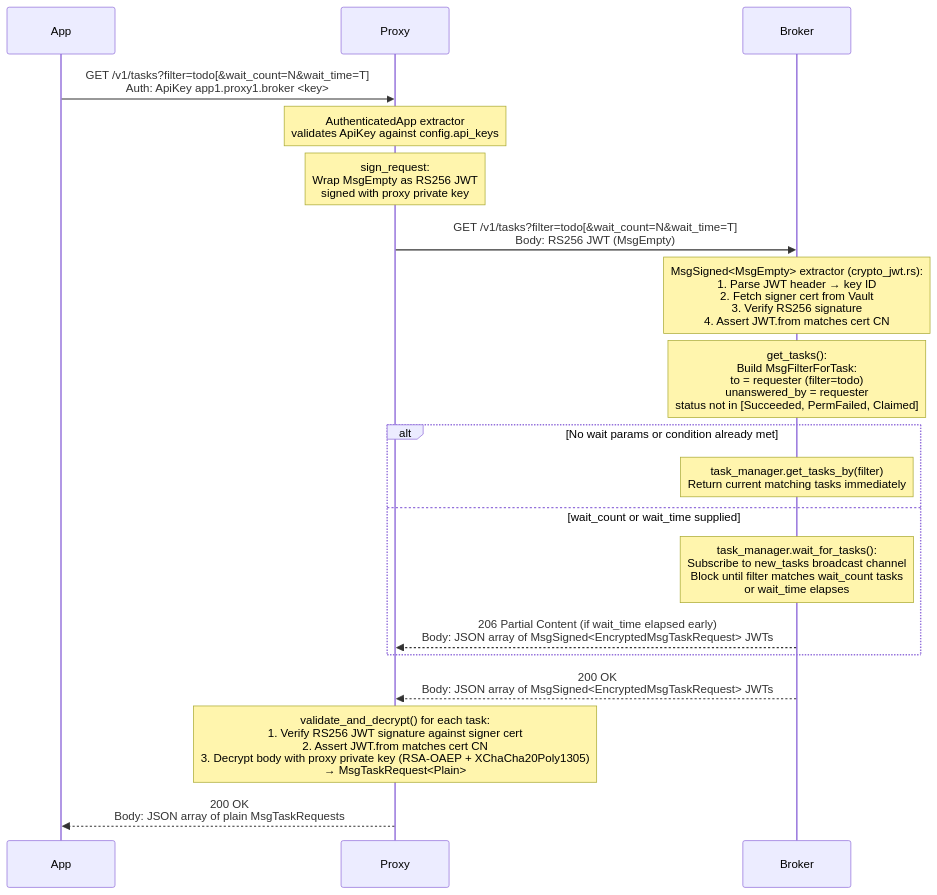
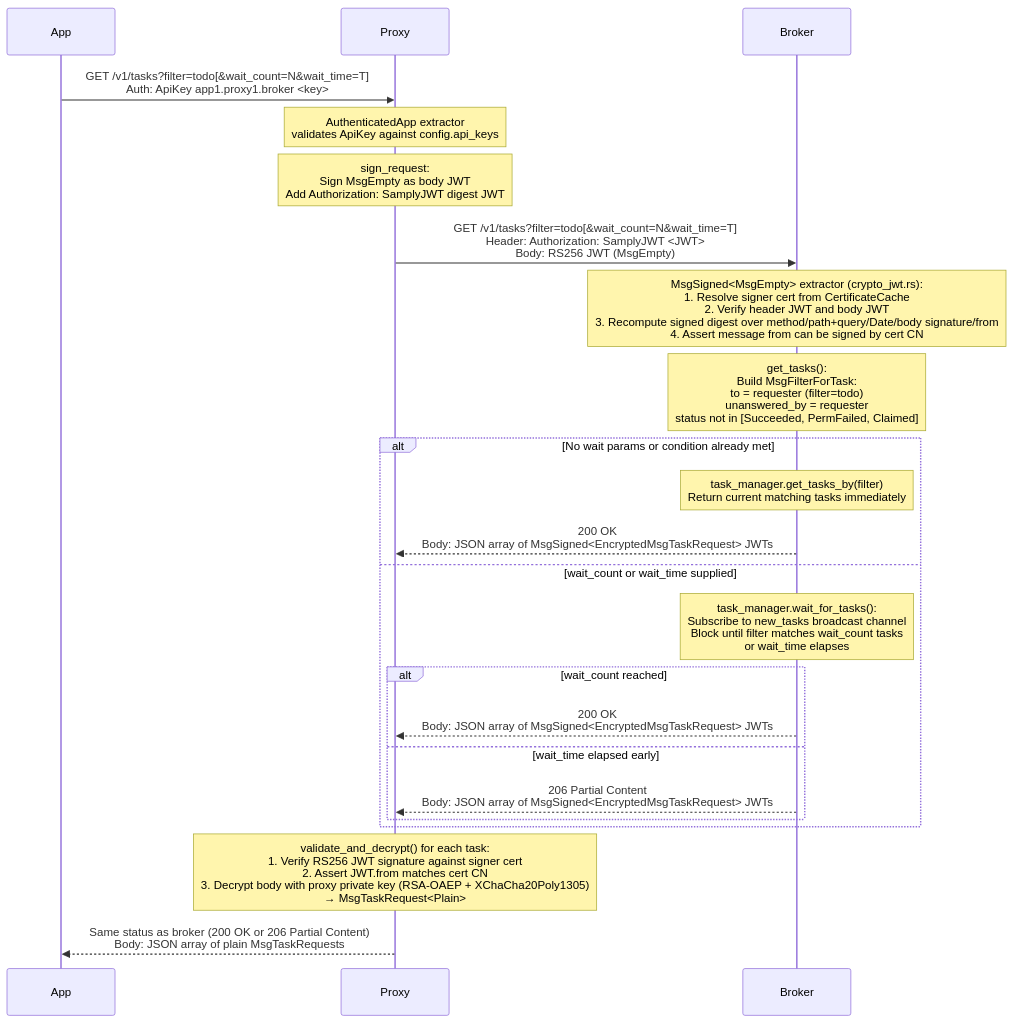
Before and after one commit to samply/beam: the fifth of 12 diagrams in DATAFLOWS.md, drawn with Mermaid. The commit also changed other lines of this file, not shown here.

Commit message:
Updated data flows document

````diff
--- a/DATAFLOWS.md
+++ b/DATAFLOWS.md
@@ -234,31 +239,34 @@
 ```mermaid
 sequenceDiagram
     participant App
     participant Proxy
     participant Broker
 
     App->>Proxy: GET /v1/tasks?filter=todo[&wait_count=N&wait_time=T]<br/>Auth: ApiKey app1.proxy1.broker <key>
 
     note over Proxy: AuthenticatedApp extractor<br/>validates ApiKey against config.api_keys
 
-    note over Proxy: sign_request:<br/>Wrap MsgEmpty as RS256 JWT<br/>signed with proxy private key
+    note over Proxy: sign_request:<br/>Sign MsgEmpty as body JWT<br/>Add Authorization: SamplyJWT digest JWT
 
-    Proxy->>Broker: GET /v1/tasks?filter=todo[&wait_count=N&wait_time=T]<br/>Body: RS256 JWT (MsgEmpty)
+    Proxy->>Broker: GET /v1/tasks?filter=todo[&wait_count=N&wait_time=T]<br/>Header: Authorization: SamplyJWT <JWT><br/>Body: RS256 JWT (MsgEmpty)
 
-    note over Broker: MsgSigned<MsgEmpty> extractor (crypto_jwt.rs):<br/>1. Parse JWT header → key ID<br/>2. Fetch signer cert from Vault<br/>3. Verify RS256 signature<br/>4. Assert JWT.from matches cert CN
+    note over Broker: MsgSigned<MsgEmpty> extractor (crypto_jwt.rs):<br/>1. Resolve signer cert from CertificateCache<br/>2. Verify header JWT and body JWT<br/>3. Recompute signed digest over method/path+query/Date/body signature/from<br/>4. Assert message from can be signed by cert CN
 
     note over Broker: get_tasks():<br/>Build MsgFilterForTask:<br/>  to = requester (filter=todo)<br/>  unanswered_by = requester<br/>  status not in [Succeeded, PermFailed, Claimed]
 
     alt No wait params or condition already met
         note over Broker: task_manager.get_tasks_by(filter)<br/>Return current matching tasks immediately
+        Broker-->>Proxy: 200 OK<br/>Body: JSON array of MsgSigned<EncryptedMsgTaskRequest> JWTs
     else wait_count or wait_time supplied
         note over Broker: task_manager.wait_for_tasks():<br/>Subscribe to new_tasks broadcast channel<br/>Block until filter matches wait_count tasks<br/>or wait_time elapses
-        Broker-->>Proxy: 206 Partial Content (if wait_time elapsed early)<br/>Body: JSON array of MsgSigned<EncryptedMsgTaskRequest> JWTs
+        alt wait_count reached
+            Broker-->>Proxy: 200 OK<br/>Body: JSON array of MsgSigned<EncryptedMsgTaskRequest> JWTs
+        else wait_time elapsed early
+            Broker-->>Proxy: 206 Partial Content<br/>Body: JSON array of MsgSigned<EncryptedMsgTaskRequest> JWTs
+        end
     end
-
-    Broker-->>Proxy: 200 OK<br/>Body: JSON array of MsgSigned<EncryptedMsgTaskRequest> JWTs
 
     note over Proxy: validate_and_decrypt() for each task:<br/>1. Verify RS256 JWT signature against signer cert<br/>2. Assert JWT.from matches cert CN<br/>3. Decrypt body with proxy private key (RSA-OAEP + XChaCha20Poly1305)<br/>→ MsgTaskRequest<Plain>
 
-    Proxy-->>App: 200 OK<br/>Body: JSON array of plain MsgTaskRequests
+    Proxy-->>App: Same status as broker (200 OK or 206 Partial Content)<br/>Body: JSON array of plain MsgTaskRequests
 ```
````
